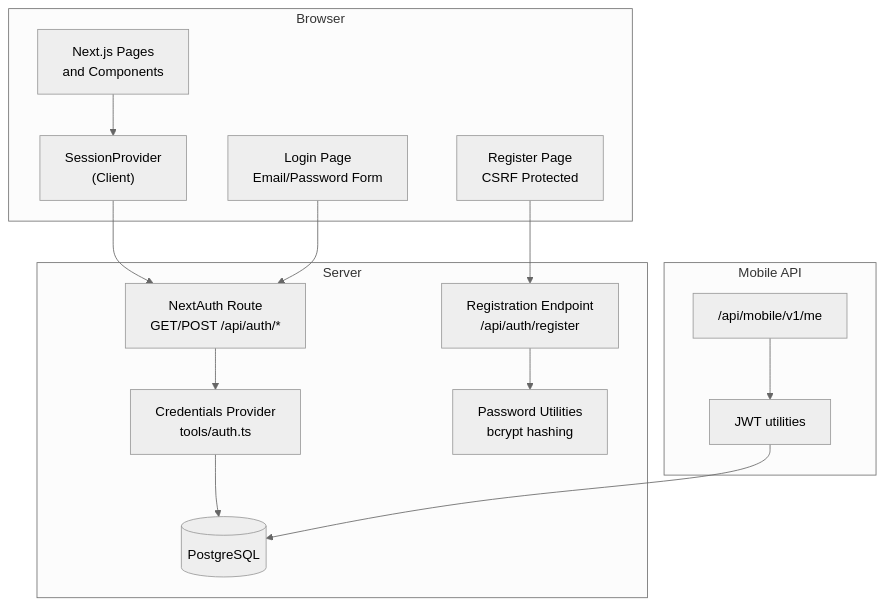
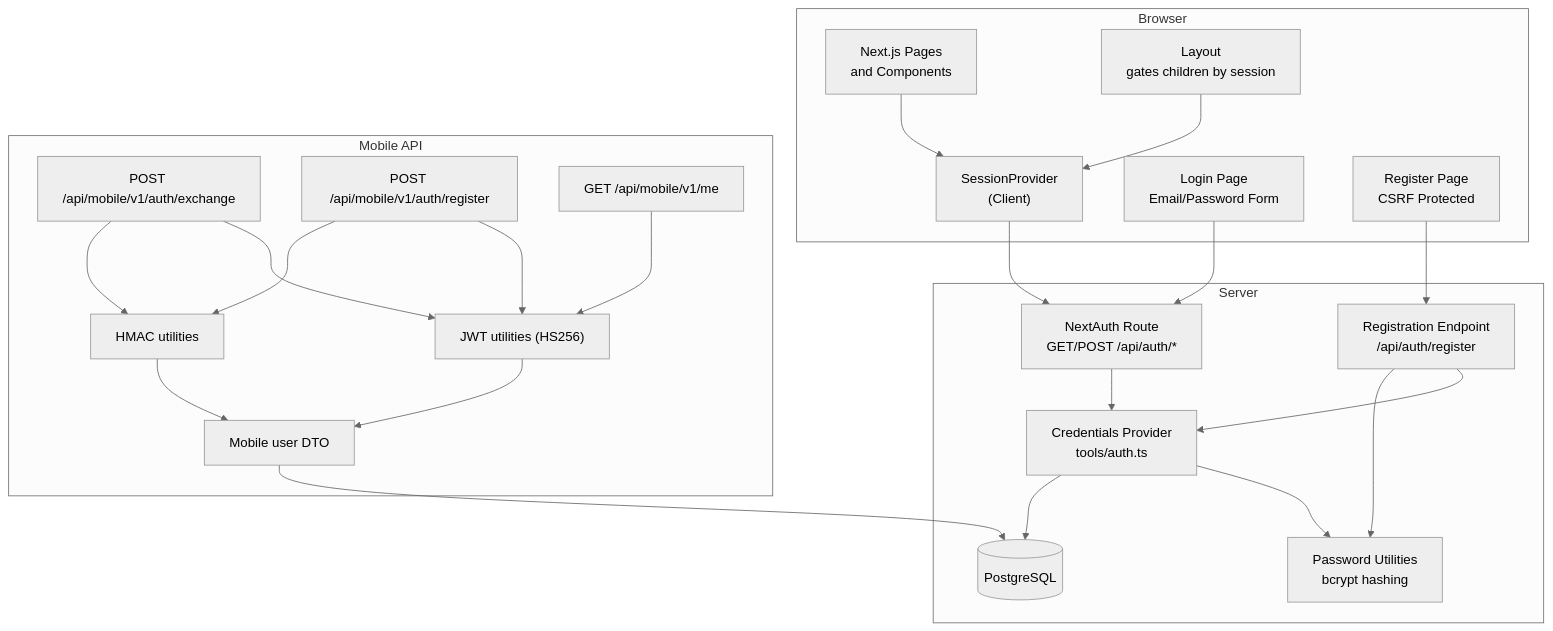
Before and after one commit to Dezzpil/meingym: the first of 8 diagrams in .qoder/repowiki/en/content/Authentication and Authorization.md, drawn with Mermaid (neutral theme). The commit also changed other lines of this file and 12 other files, not shown here.

````diff
--- a/.qoder/repowiki/en/content/Authentication and Authorization.md
+++ b/.qoder/repowiki/en/content/Authentication and Authorization.md
@@ -51,29 +64,43 @@
 ```mermaid
 graph TB
 subgraph "Browser"
 UI["Next.js Pages<br/>and Components"]
 SP["SessionProvider<br/>(Client)"]
 LP["Login Page<br/>Email/Password Form"]
 RP["Register Page<br/>CSRF Protected"]
+LY["Layout<br/>gates children by session"]
 end
 subgraph "Server"
 NA["NextAuth Route<br/>GET/POST /api/auth/*"]
 REG["Registration Endpoint<br/>/api/auth/register"]
 AUTH["Credentials Provider<br/>tools/auth.ts"]
 PW["Password Utilities<br/>bcrypt hashing"]
 DB[(PostgreSQL)]
 end
 subgraph "Mobile API"
-ME["/api/mobile/v1/me"]
-JWT["JWT utilities"]
+EX["POST /api/mobile/v1/auth/exchange"]
+MR["POST /api/mobile/v1/auth/register"]
+ME["GET /api/mobile/v1/me"]
+HMAC["HMAC utilities"]
+JWT["JWT utilities (HS256)"]
+MUSER["Mobile user DTO"]
 end
 UI --> SP
 SP --> NA
+LY --> SP
 LP --> NA
 RP --> REG
 NA --> AUTH
 REG --> PW
+REG --> AUTH
 AUTH --> DB
+AUTH --> PW
+EX --> HMAC
+EX --> JWT
+MR --> HMAC
+MR --> JWT
 ME --> JWT
-JWT --> DB
+JWT --> MUSER
+HMAC --> MUSER
+MUSER --> DB
 ```
````
